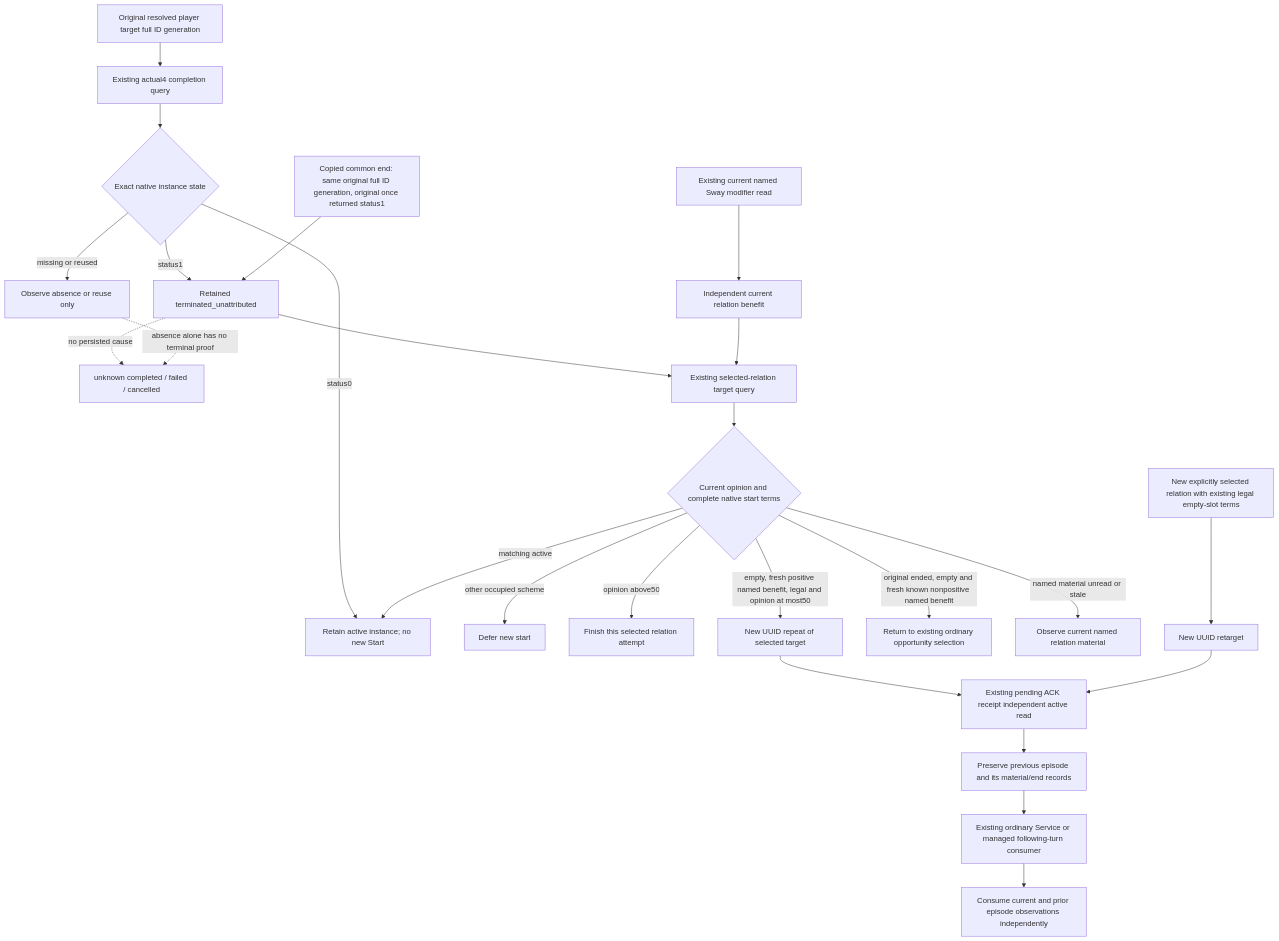
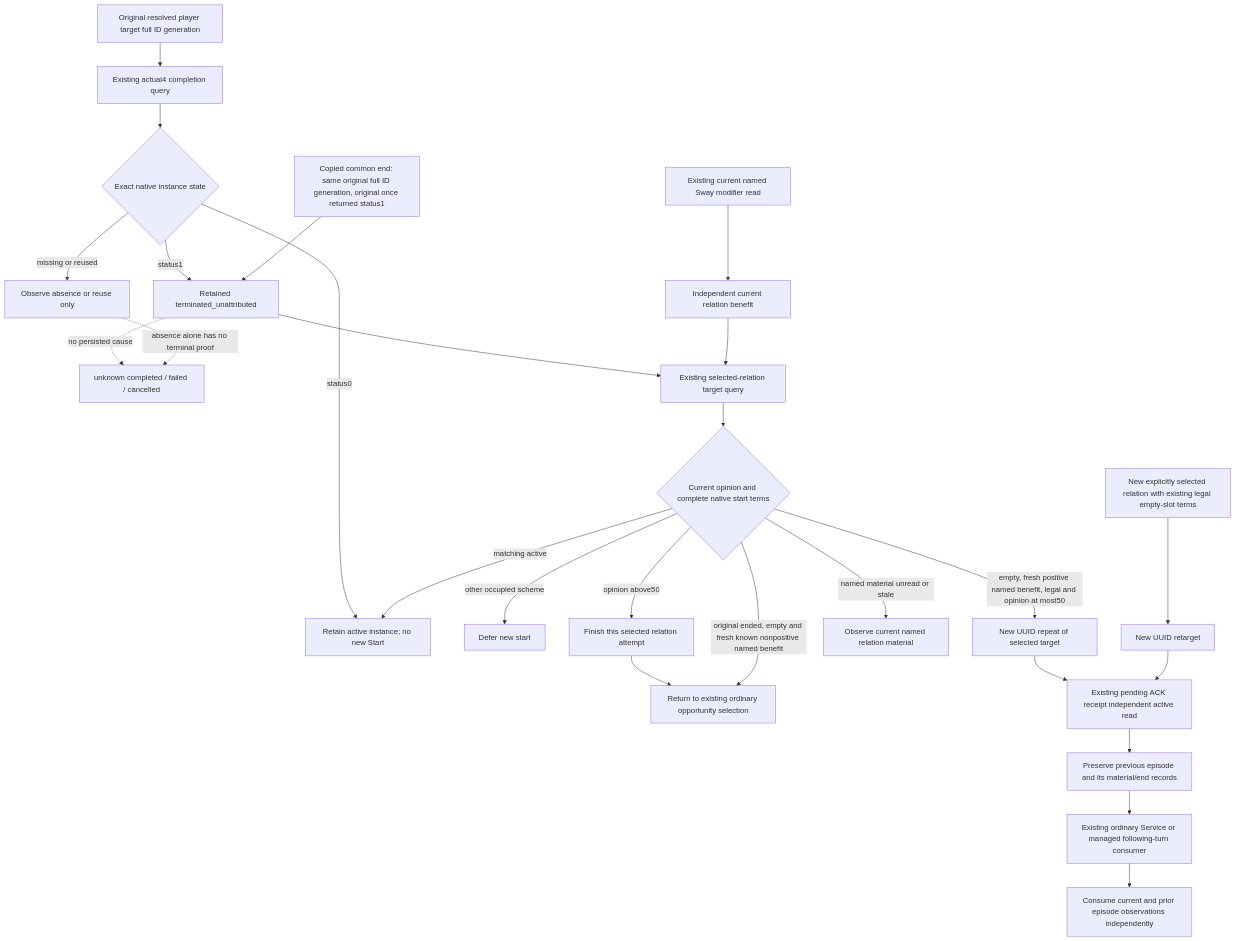
The diagram in docs/ck3-native-ai/sway-beneficial-terminal-followup-12004.md (XenoAmess/ck3_eternal_recurrence), drawn with Mermaid before and after one commit. The commit also changed other lines of this file and 5 other files, not shown here.

````diff
--- a/docs/ck3-native-ai/sway-beneficial-terminal-followup-12004.md
+++ b/docs/ck3-native-ai/sway-beneficial-terminal-followup-12004.md
@@ -27,27 +27,28 @@
 ```mermaid
 flowchart TD
   O[Original resolved player target full ID generation] --> C
   C[Existing actual4 completion query] --> J{Exact native instance state}
   J -->|status0| A[Retain active instance; no new Start]
   J -->|status1| T[Retained terminated_unattributed]
   J -->|missing or reused| U[Observe absence or reuse only]
   T -. no persisted cause .-> X[unknown completed / failed / cancelled]
   U -. absence alone has no terminal proof .-> X
   K[Copied common end: same original full ID generation, original once returned status1] --> T
   M[Existing current named Sway modifier read] --> B[Independent current relation benefit]
   T --> P
   B --> P[Existing selected-relation target query]
   P --> Q{Current opinion and complete native start terms}
   Q -->|matching active| A
   Q -->|other occupied scheme| D[Defer new start]
   Q -->|opinion above50| F[Finish this selected relation attempt]
+  F --> NP
   Q -->|empty, fresh positive named benefit, legal and opinion at most50| N[New UUID repeat of selected target]
   Q -->|original ended, empty and fresh known nonpositive named benefit| NP[Return to existing ordinary opportunity selection]
   Q -->|named material unread or stale| NM[Observe current named relation material]
   R[New explicitly selected relation with existing legal empty-slot terms] --> E[New UUID retarget]
   N --> I[Existing pending ACK receipt independent active read]
   E --> I
   I --> H[Preserve previous episode and its material/end records]
   H --> V[Existing ordinary Service or managed following-turn consumer]
   V --> W[Consume current and prior episode observations independently]
 ```
````
